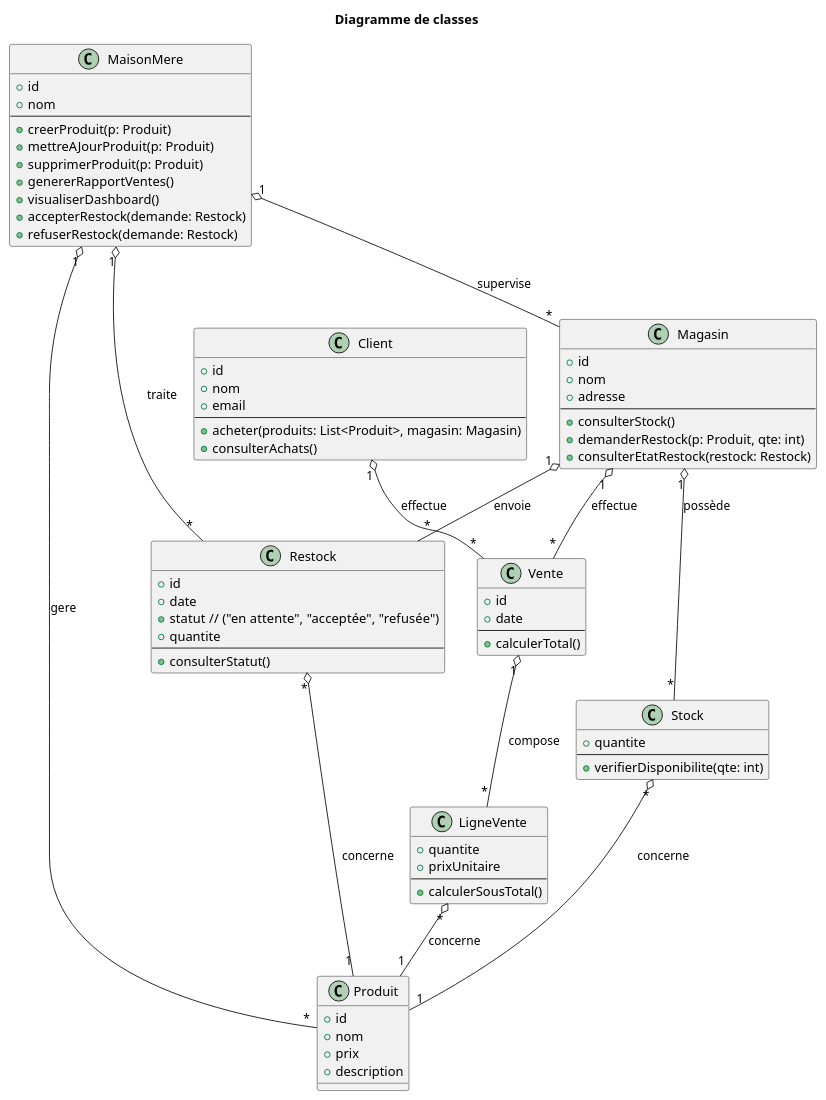
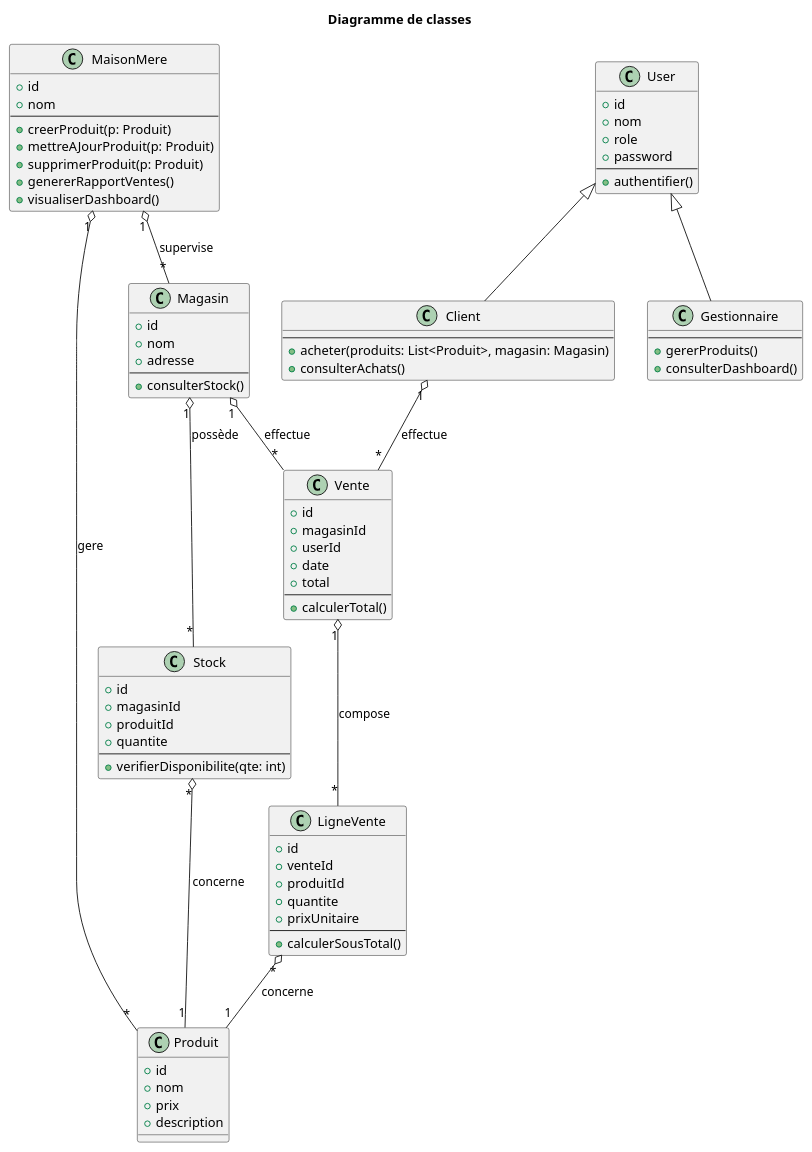
One commit to Minh-Khoi-Le/log430-lab2 changed the diagram in docs/UML/diagramme-classe.puml. Above: the diagram before and after it, drawn with PlantUML. The commit also changed 29 other files, not shown here.

```diff
--- a/docs/UML/diagramme-classe.puml
+++ b/docs/UML/diagramme-classe.puml
@@ -1,90 +1,97 @@
 @startuml Diagramme de classes
 
 title Diagramme de classes
 
 class MaisonMere {
   +id
   +nom
   --
   +creerProduit(p: Produit)
   +mettreAJourProduit(p: Produit)
   +supprimerProduit(p: Produit)
   +genererRapportVentes()
   +visualiserDashboard()
-  +accepterRestock(demande: Restock)
-  +refuserRestock(demande: Restock)
 }
 
 class Magasin {
   +id
   +nom
   +adresse
   --
   +consulterStock()
-  +demanderRestock(p: Produit, qte: int)
-  +consulterEtatRestock(restock: Restock)
 }
 
 class Produit {
   +id
   +nom
   +prix
   +description
 }
 
 class Stock {
+  +id
+  +magasinId
+  +produitId
   +quantite
   --
   +verifierDisponibilite(qte: int)
 }
 
-class Restock {
+class User {
   +id
-  +date
-  +statut  // ("en attente", "acceptée", "refusée")
-  +quantite
+  +nom
+  +role
+  +password
   --
-  +consulterStatut()
+  +authentifier()
 }
 
 class Client {
-  +id
-  +nom
-  +email
   --
   +acheter(produits: List<Produit>, magasin: Magasin)
   +consulterAchats()
 }
 
+class Gestionnaire {
+  --
+  +gererProduits()
+  +consulterDashboard()
+}
+
 class Vente {
   +id
+  +magasinId
+  +userId
   +date
+  +total
   --
   +calculerTotal()
 }
 
 class LigneVente {
+  +id
+  +venteId
+  +produitId
   +quantite
   +prixUnitaire
   --
   +calculerSousTotal()
 }
 
 '--- Relations principales ---
 MaisonMere "1" o-- "*" Magasin : supervise
 MaisonMere "1" o-- "*" Produit : gere
-MaisonMere "1" o-- "*" Restock : traite
 
 Magasin "1" o-- "*" Stock : possède
 Stock "*" o-- "1" Produit : concerne
 
-Magasin "1" o-- "*" Restock : envoie
-Restock "*" o-- "1" Produit : concerne
+User <|-- Client
+User <|-- Gestionnaire
 
 Client "1" o-- "*" Vente : effectue
 Magasin "1" o-- "*" Vente : effectue
 
 Vente "1" o-- "*" LigneVente : compose
 LigneVente "*" o-- "1" Produit : concerne
 
 @enduml
```
